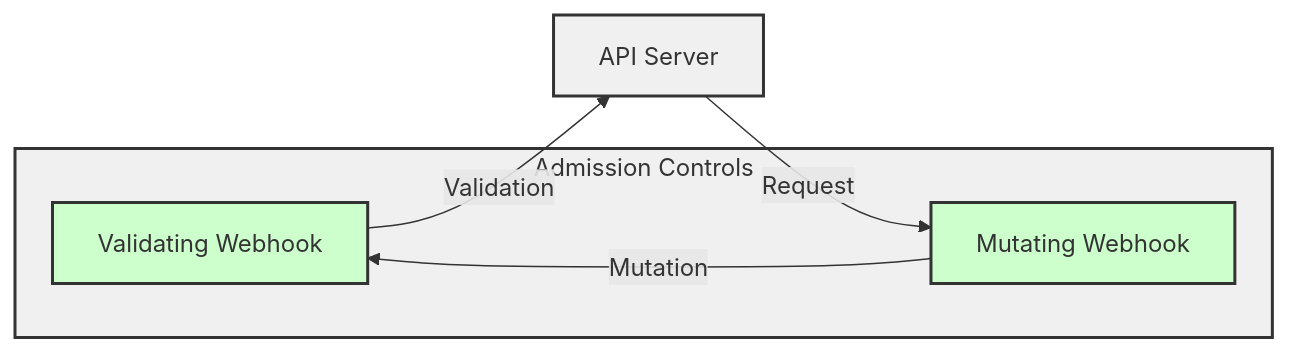
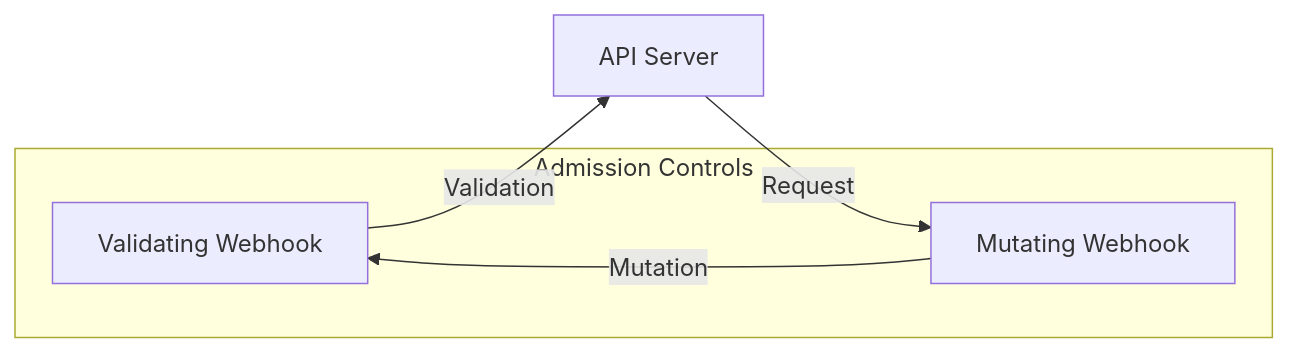
One commit to cloud104/tcloud-devops-k8s-operators-training changed the first of 7 diagrams in docs/extras/advanced-operator-topics.md. Above: the diagram before and after it, drawn with Mermaid. The commit also changed other lines of this file and 6 other files, not shown here.

First line of the commit message:
docs: revisa material teorico, corrige APIs e melhora diagramas

````diff
--- a/docs/extras/advanced-operator-topics.md
+++ b/docs/extras/advanced-operator-topics.md
@@ -7,17 +6,12 @@
 ```mermaid
 flowchart LR
     subgraph AC["Admission Controls"]
         VAL["Validating Webhook"]
         MUT["Mutating Webhook"]
     end
     
     API["API Server"] -->|Request| MUT
     MUT -->|Mutation| VAL
     VAL -->|Validation| API
     
-    classDef default fill:#f0f0f0,stroke:#333,stroke-width:2px
-    classDef webhook fill:#ccffcc,stroke:#333
-    
-    class AC default
-    class VAL,MUT webhook
 ```
````
